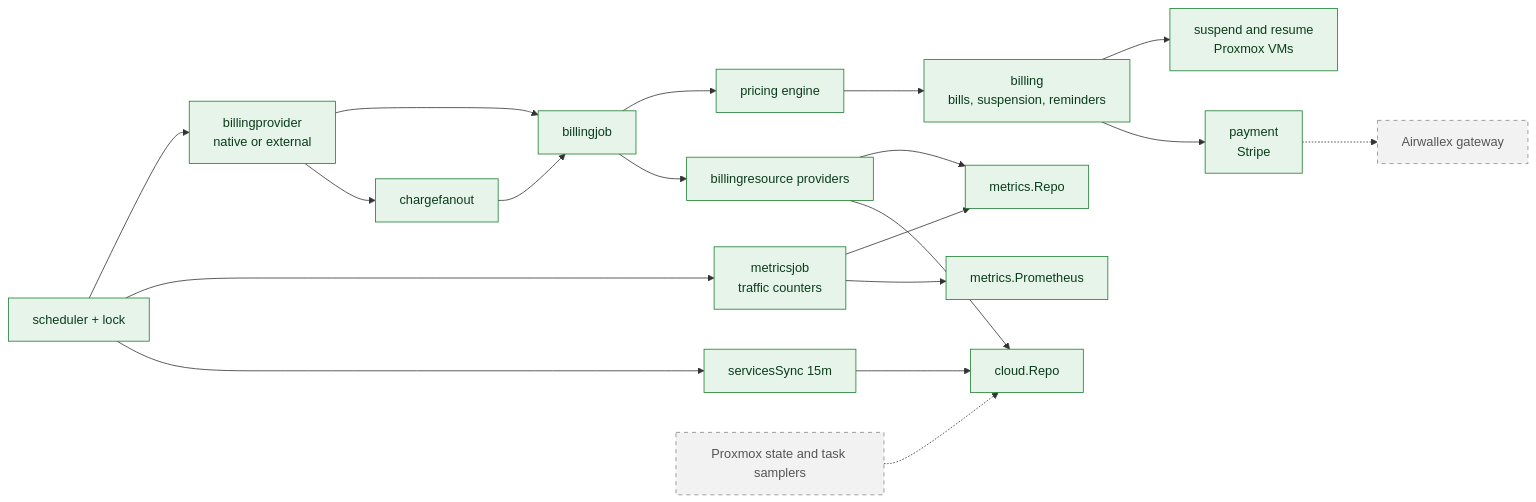
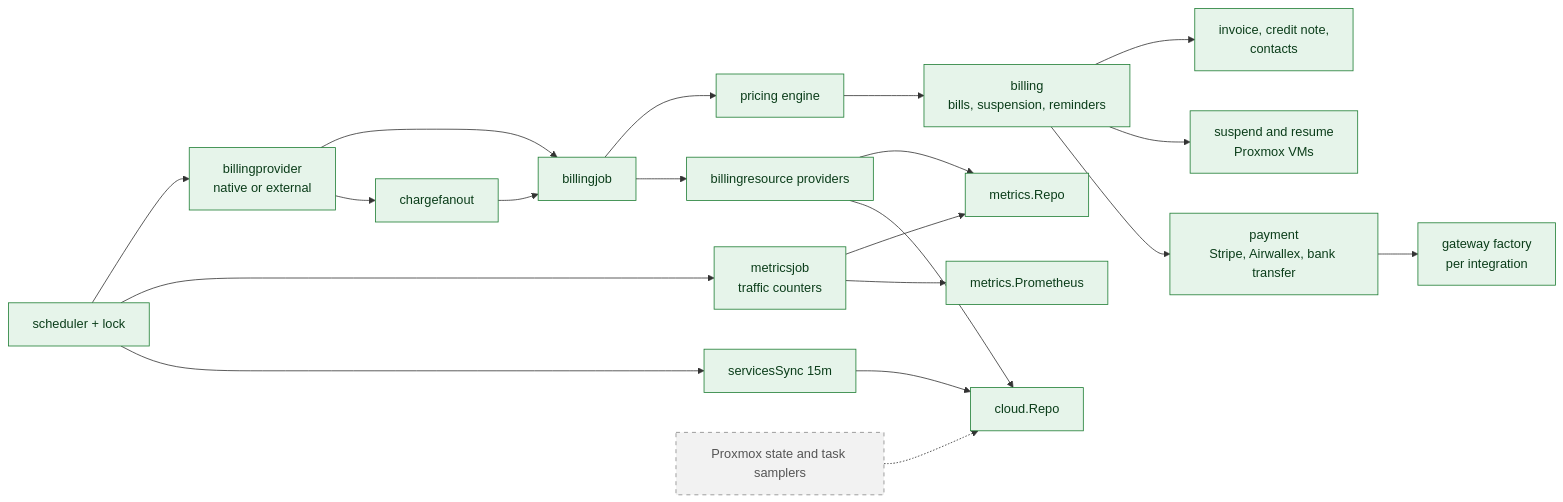
One commit to mutex-solutions/proxcloud changed the third of 5 diagrams in docs/architecture/c4/c3-components.md. Above: the diagram before and after it, drawn with Mermaid. The commit also changed other lines of this file and 93 other files, not shown here.

First line of the commit message:
feat(payment): add Airwallex gateway, bank-transfer submit, invoices and record payment

````diff
--- a/docs/architecture/c4/c3-components.md
+++ b/docs/architecture/c4/c3-components.md
@@ -143,41 +143,43 @@
 ```mermaid
 flowchart LR
   classDef impl fill:#e6f4ea,stroke:#1e7e34,color:#0b3d1a
   classDef planned fill:#f2f2f2,stroke:#8a8a8a,stroke-dasharray:5 5,color:#555555
 
   cron["scheduler + lock"]:::impl
   sync["servicesSync 15m"]:::impl
   mj["metricsjob<br/>traffic counters"]:::impl
   prom["metrics.Prometheus"]:::impl
   repo["cloud.Repo"]:::impl
   mrepo["metrics.Repo"]:::impl
   bp["billingprovider<br/>native or external"]:::impl
   fan["chargefanout"]:::impl
   bj["billingjob"]:::impl
   br["billingresource providers"]:::impl
   price["pricing engine"]:::impl
   bill["billing<br/>bills, suspension, reminders"]:::impl
-  pay["payment<br/>Stripe"]:::impl
+  pay["payment<br/>Stripe, Airwallex, bank transfer"]:::impl
   susp["suspend and resume<br/>Proxmox VMs"]:::impl
   samplers["Proxmox state and task samplers"]:::planned
-  airwallex["Airwallex gateway"]:::planned
+  factory["gateway factory<br/>per integration"]:::impl
+  inv["invoice, credit note,<br/>contacts"]:::impl
 
   cron --> sync
   cron --> mj
   cron --> bp
   sync --> repo
   mj --> prom
   mj --> mrepo
   bp --> fan
   bp --> bj
   fan --> bj
   bj --> br
   br --> repo
   br --> mrepo
   bj --> price
   price --> bill
   bill --> pay
   bill --> susp
   samplers -.-> repo
-  pay -.-> airwallex
+  pay --> factory
+  bill --> inv
 ```
````
